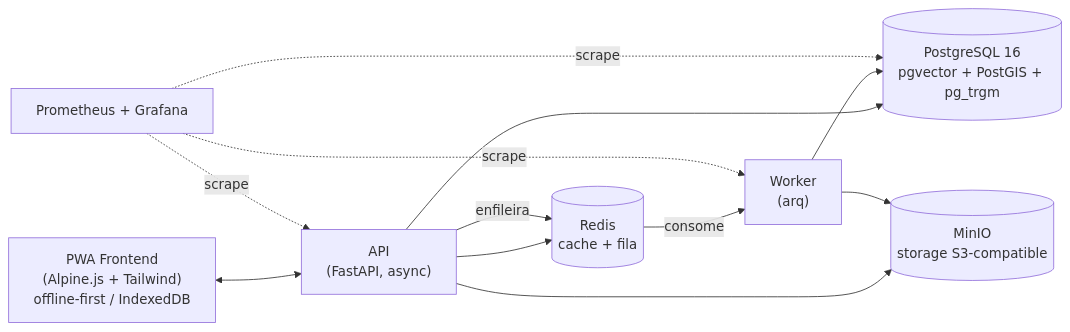
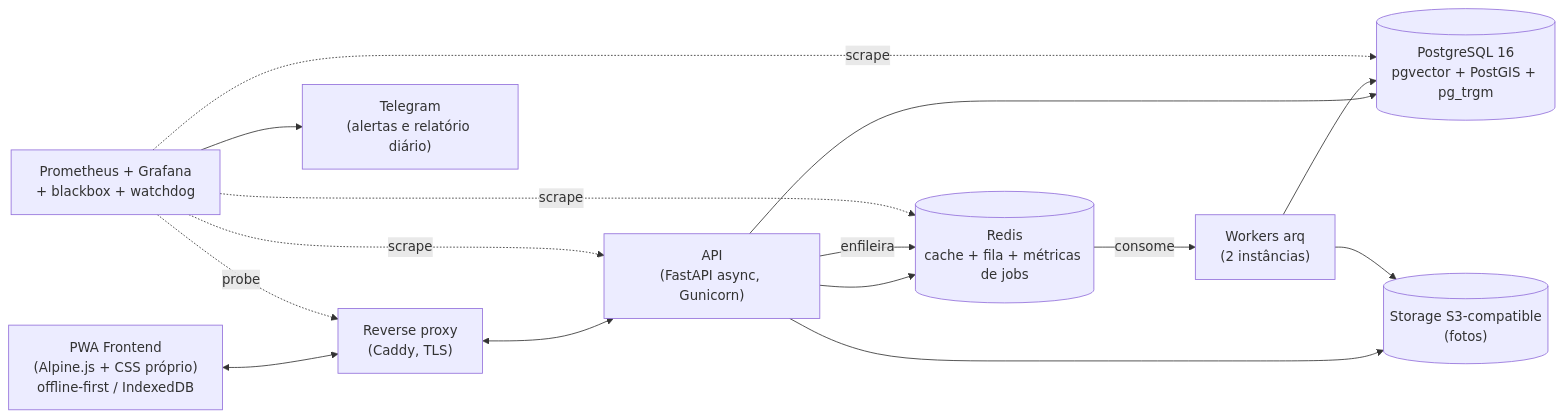
One commit to alexmabud/argus-portfolio changed the first of 2 diagrams in ARCHITECTURE.md. Above: the diagram before and after it, drawn with Mermaid. The commit also changed other lines of this file and 27 other files, not shown here.

````diff
--- a/ARCHITECTURE.md
+++ b/ARCHITECTURE.md
@@ -8,22 +10,27 @@
 ```mermaid
 flowchart LR
-    PWA["PWA Frontend<br/>(Alpine.js + Tailwind)<br/>offline-first / IndexedDB"]
-    API["API<br/>(FastAPI, async)"]
-    Worker["Worker<br/>(arq)"]
+    PWA["PWA Frontend<br/>(Alpine.js + CSS próprio)<br/>offline-first / IndexedDB"]
+    Proxy["Reverse proxy<br/>(Caddy, TLS)"]
+    API["API<br/>(FastAPI async, Gunicorn)"]
+    Worker["Workers arq<br/>(2 instâncias)"]
     DB[("PostgreSQL 16<br/>pgvector + PostGIS + pg_trgm")]
-    Redis[("Redis<br/>cache + fila")]
-    S3[("MinIO<br/>storage S3-compatible")]
-    Mon["Prometheus + Grafana"]
+    Redis[("Redis<br/>cache + fila + métricas de jobs")]
+    S3[("Storage S3-compatible<br/>(fotos)")]
+    Mon["Prometheus + Grafana<br/>+ blackbox + watchdog"]
+    Tg["Telegram<br/>(alertas e relatório diário)"]
 
-    PWA <--> API
+    PWA <--> Proxy
+    Proxy <--> API
     API --> DB
     API --> Redis
     API --> S3
     API -- enfileira --> Redis
     Redis -- consome --> Worker
     Worker --> DB
     Worker --> S3
     Mon -. scrape .-> API
     Mon -. scrape .-> DB
-    Mon -. scrape .-> Worker
+    Mon -. scrape .-> Redis
+    Mon -. probe .-> Proxy
+    Mon --> Tg
 ```
````
